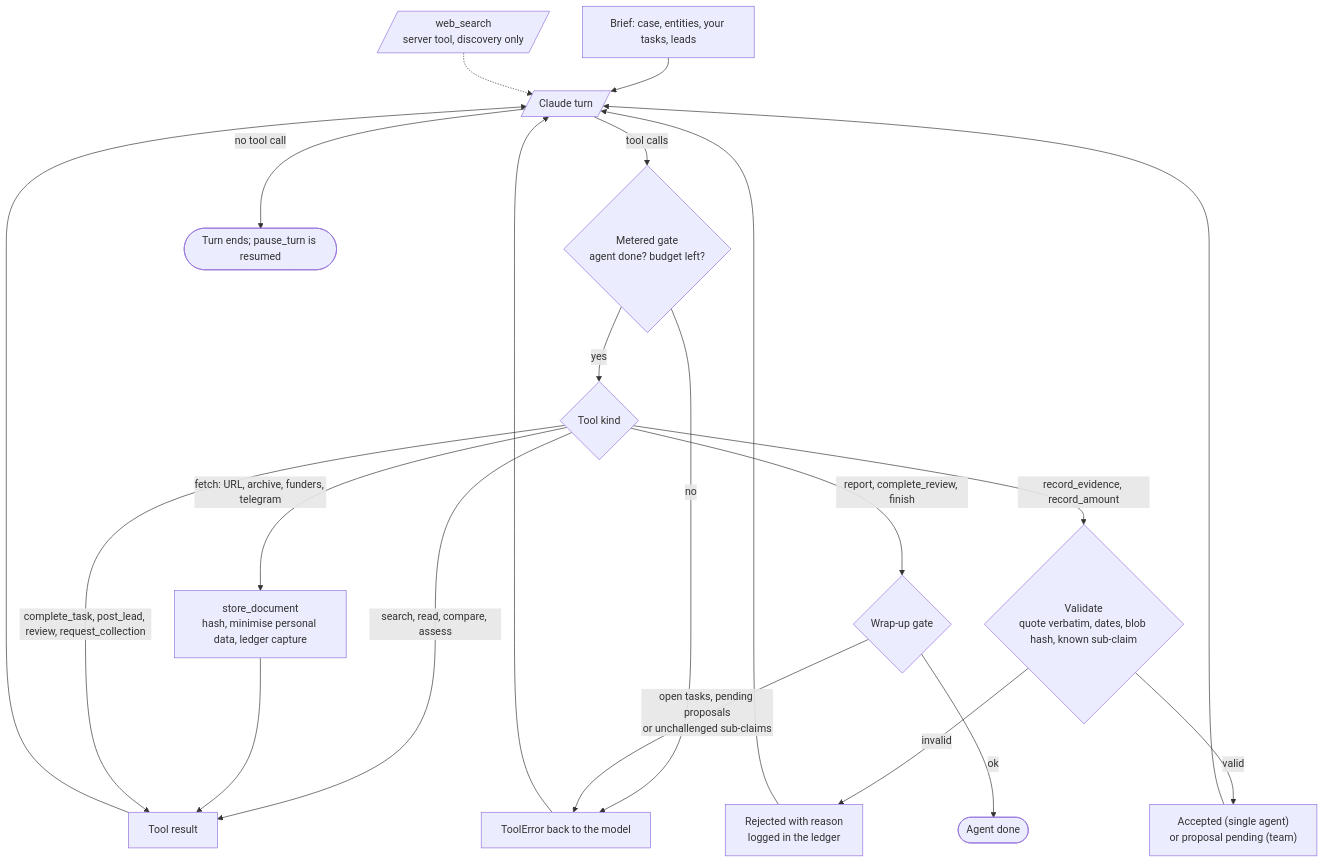
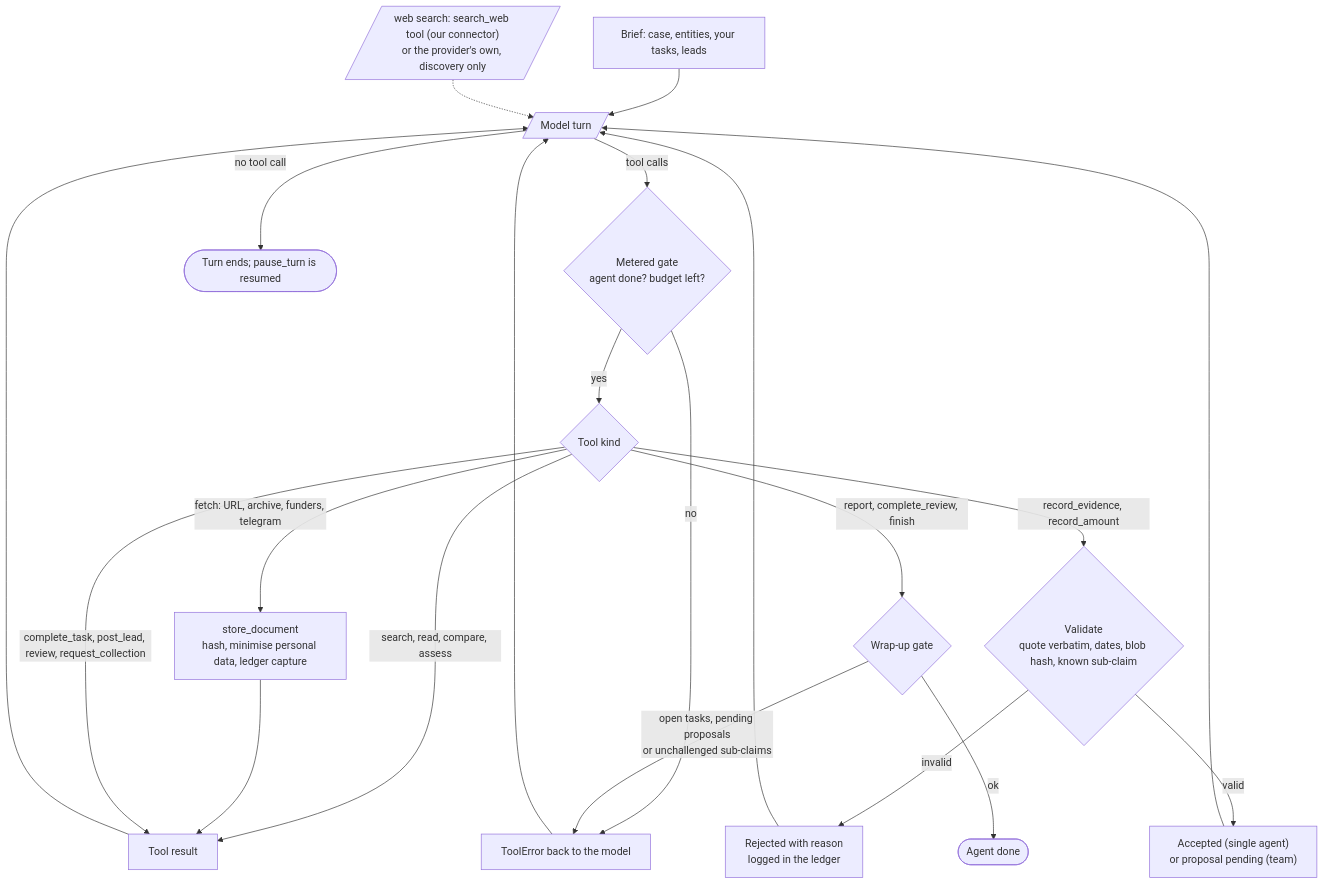
One commit to diya-thabet/Caligula changed the third of 5 diagrams in docs/agent.md. Above: the diagram before and after it, drawn with Mermaid. The commit also changed other lines of this file and 4 other files, not shown here.

First line of the commit message:
docs: any model provider, local models and our own web search

````diff
--- a/docs/agent.md
+++ b/docs/agent.md
@@ -105,23 +105,23 @@
 ```mermaid
 flowchart TD
-    B["Brief: case, entities, your tasks, leads"] --> M[/"Claude turn"/]
-    WEBS[/"web_search<br/>server tool, discovery only"/] -.-> M
+    B["Brief: case, entities, your tasks, leads"] --> M[/"Model turn"/]
+    WEBS[/"web search: search_web tool (our connector)<br/>or the provider's own, discovery only"/] -.-> M
     M -- "tool calls" --> G{"Metered gate<br/>agent done? budget left?"}
     G -- no --> ERR["ToolError back to the model"]
     ERR --> M
     G -- yes --> T{"Tool kind"}
     T -- "search, read, compare, assess" --> RES["Tool result"]
     T -- "fetch: URL, archive, funders, telegram" --> STORE["store_document<br/>hash, minimise personal data, ledger capture"]
     STORE --> RES
     T -- "record_evidence, record_amount" --> VAL{"Validate<br/>quote verbatim, dates, blob hash, known sub-claim"}
     VAL -- invalid --> REJ["Rejected with reason<br/>logged in the ledger"]
     REJ --> M
     VAL -- valid --> PROP["Accepted (single agent)<br/>or proposal pending (team)"]
     PROP --> M
     T -- "complete_task, post_lead, review, request_collection" --> RES
     RES --> M
     T -- "report, complete_review, finish" --> W{"Wrap-up gate"}
     W -- "open tasks, pending proposals<br/>or unchallenged sub-claims" --> ERR
     W -- ok --> DONE(["Agent done"])
     M -- "no tool call" --> END(["Turn ends; pause_turn is resumed"])
 ```
````
